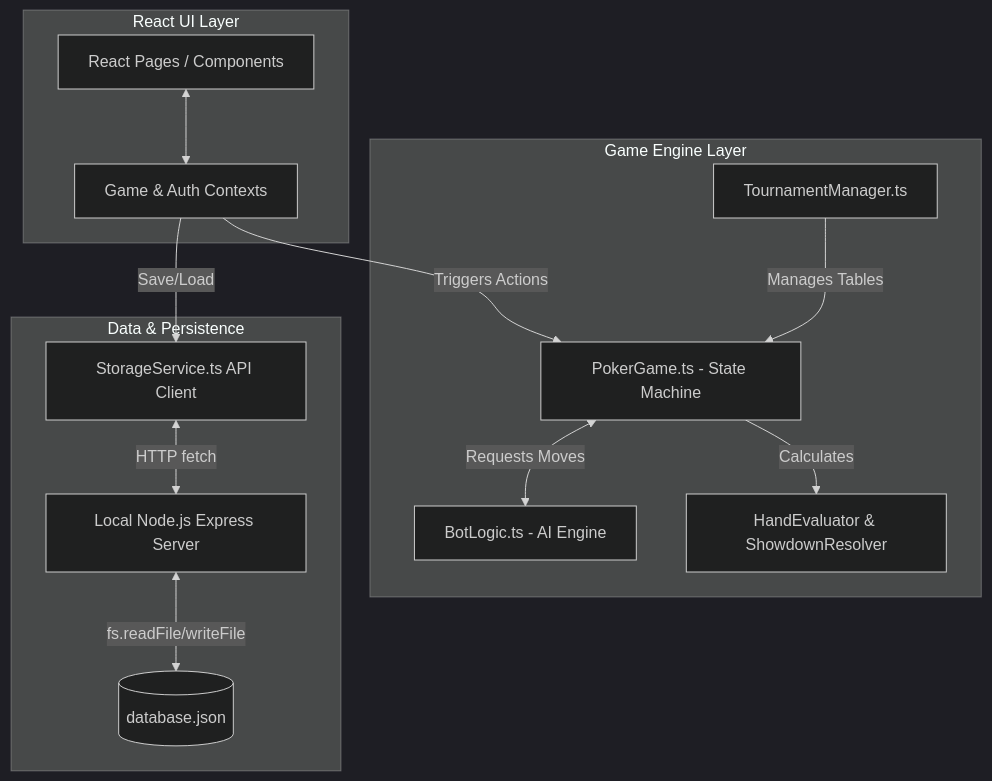
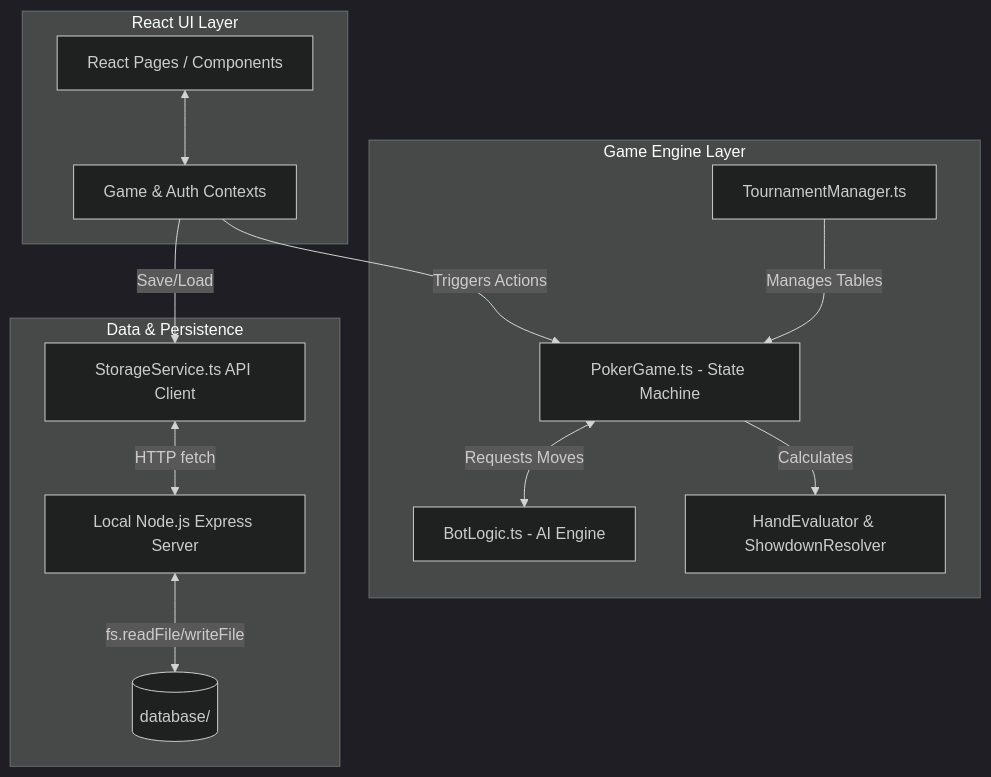
Before and after one commit to Samrude1/PokerAnalyzzer: the diagram in README.md, drawn with Mermaid (dark theme). The commit also changed other lines of this file, not shown here.

````diff
--- a/README.md
+++ b/README.md
@@ -286,33 +294,33 @@
 ```mermaid
 graph TD
     %% UI Layer
     subgraph UI_Layer [React UI Layer]
         Pages[React Pages / Components]
         State[Game & Auth Contexts]
         Pages <--> State
     end
 
     %% Logic Layer
     subgraph Logic_Layer [Game Engine Layer]
         Game[PokerGame.ts - State Machine]
         Bots[BotLogic.ts - AI Engine]
         Rules[HandEvaluator & ShowdownResolver]
         TM[TournamentManager.ts]
         
         State -->|Triggers Actions| Game
         Game <-->|Requests Moves| Bots
         Game -->|Calculates| Rules
         TM -->|Manages Tables| Game
     end
 
     %% Data Layer
     subgraph Data_Layer [Data & Persistence]
         Storage[StorageService.ts API Client]
         Server[Local Node.js Express Server]
-        JSON[(database.json)]
+        JSON[(database/)]
         
         State -->|Save/Load| Storage
         Storage <-->|HTTP fetch| Server
         Server <-->|fs.readFile/writeFile| JSON
     end
 ```
````
